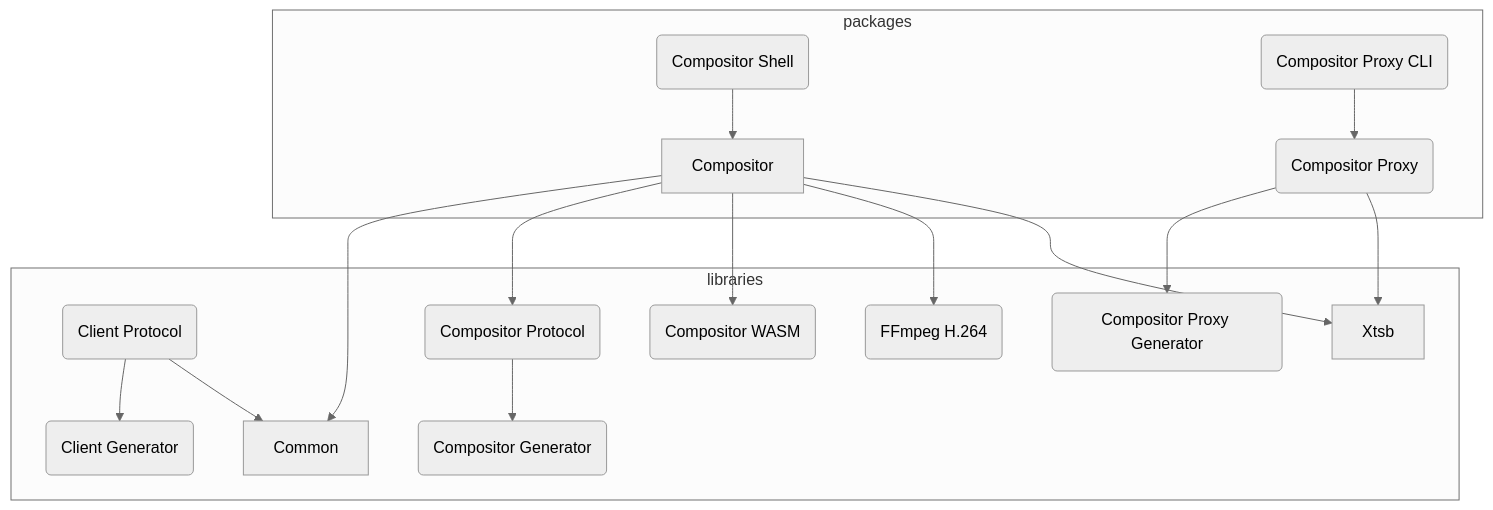
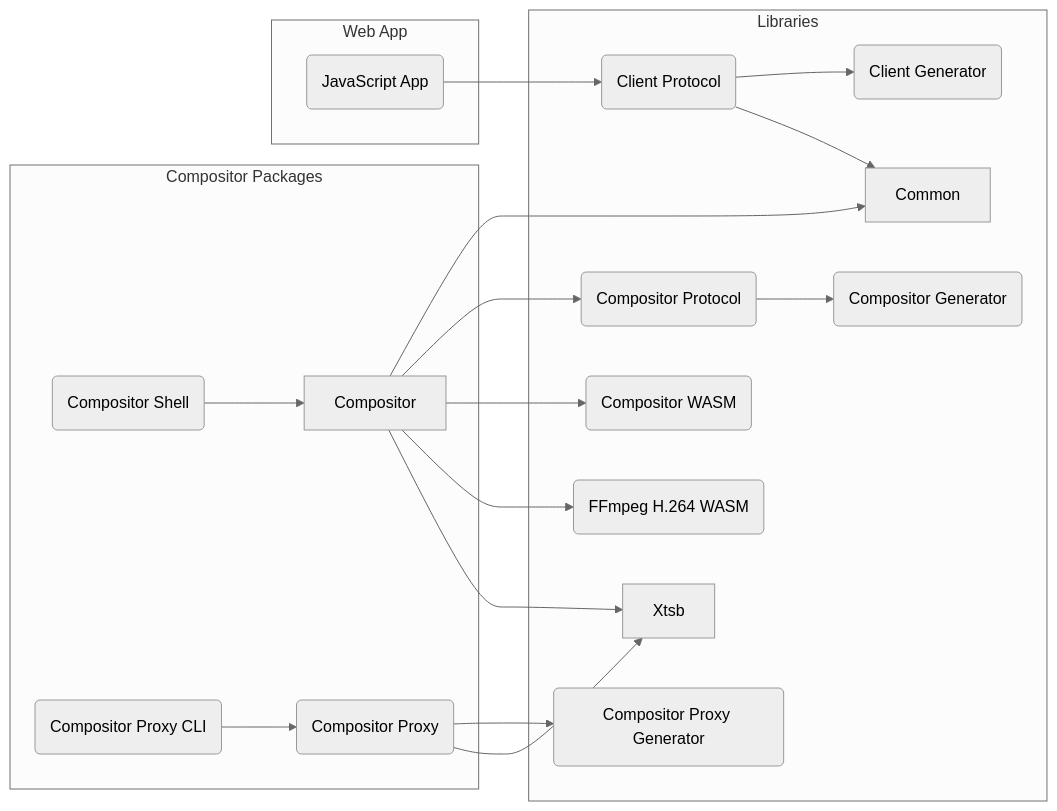
Before and after one commit to udevbe/greenfield: the diagram in docs/pages/components/index.md, drawn with Mermaid (neutral theme). The commit also changed 1 other file, not shown here.

Commit message:
more wip

````diff
--- a/docs/pages/components/index.md
+++ b/docs/pages/components/index.md
@@ -9,33 +9,36 @@
 ```mermaid
-graph TD;
-subgraph packages
+graph LR
+subgraph Compositor Packages
     Compositor
     CoS(Compositor Shell)
+    CoPrCli(Compositor Proxy CLI)
     CoPr(Compositor Proxy)
-    CoPrCli(Compositor Proxy CLI)
 end
-subgraph libraries
+subgraph Libraries
     ClP(Client Protocol)
-    ClG(Client Generator)
     Common
     CoP(Compositor Protocol)
+    ClG(Client Generator)
     CoG(Compositor Generator)
+    Xtsb
     CoPrG(Compositor Proxy Generator)
     CoWasm(Compositor WASM)
-    ffmpeg(FFmpeg H.264)
-    Xtsb
+    ffmpeg(FFmpeg H.264 WASM)
+end
+subgraph Web App 
+    JsApp(JavaScript App)-->ClP(Client Protocol)
 end
 
     ClP(Client Protocol)-->ClG(Client Generator);
     ClP(Client Protocol)-->Common;
     Compositor-->Common;
     Compositor-->CoP(Compositor Protocol);
     Compositor-->CoWasm(Compositor WASM);
-    Compositor-->ffmpeg(FFmpeg H.264);
+    Compositor-->ffmpeg(FFmpeg H.264 WASM);
     Compositor-->Xtsb;
     CoS(Compositor Shell)-->Compositor;
     CoP(Compositor Protocol)-->CoG(Compositor Generator);
     CoPrCli(Compositor Proxy CLI)-->CoPr(Compositor Proxy)
     CoPr(Compositor Proxy)-->CoPrG(Compositor Proxy Generator);
     CoPr(Compositor Proxy)-->Xtsb;
 ```
````
